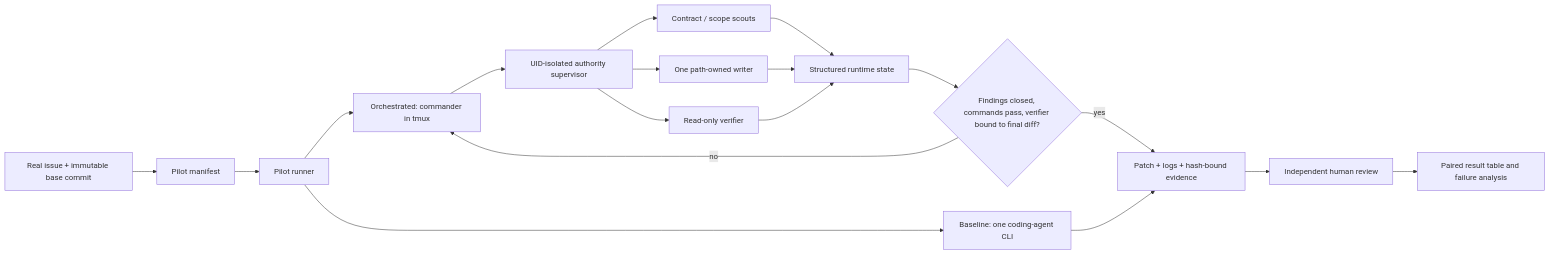
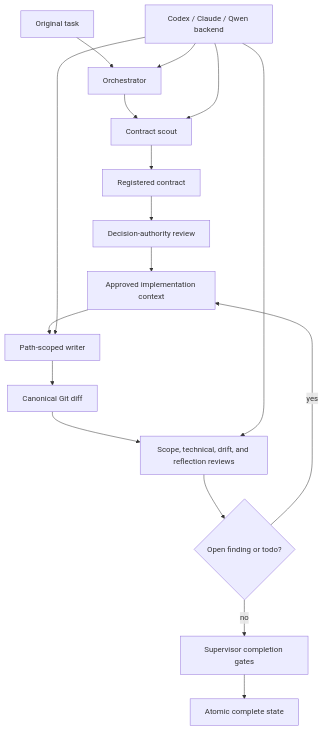
Before and after one commit to areshand/multiagent: the diagram in docs/architecture.md, drawn with Mermaid. The commit also changed other lines of this file and 7 other files, not shown here.

Commit message:
docs: consolidate PR architecture and usage guides

````diff
--- a/docs/architecture.md
+++ b/docs/architecture.md
@@ -11,20 +16,20 @@
 ```mermaid
-flowchart LR
-    U["Real issue + immutable base commit"] --> P["Pilot manifest"]
-    P --> R["Pilot runner"]
-    R --> B["Baseline: one coding-agent CLI"]
-    R --> O["Orchestrated: commander in tmux"]
-    O --> A["UID-isolated authority supervisor"]
-    A --> C["Contract / scope scouts"]
-    A --> W["One path-owned writer"]
-    A --> V["Read-only verifier"]
-    C --> S["Structured runtime state"]
-    W --> S
-    V --> S
-    S --> G{"Findings closed, commands pass, verifier bound to final diff?"}
-    G -->|no| O
-    G -->|yes| E["Patch + logs + hash-bound evidence"]
-    B --> E
-    E --> H["Independent human review"]
-    H --> Q["Paired result table and failure analysis"]
+flowchart TD
+    U["Original task"] --> O["Orchestrator"]
+    O --> SC["Contract scout"]
+    SC --> C["Registered contract"]
+    C --> AR["Decision-authority review"]
+    AR --> P["Approved implementation context"]
+    P --> W["Path-scoped writer"]
+    W --> D["Canonical Git diff"]
+    D --> R["Scope, technical, drift, and reflection reviews"]
+    R --> F{"Open finding or todo?"}
+    F -- yes --> P
+    F -- no --> G["Supervisor completion gates"]
+    G --> X["Atomic complete state"]
+
+    B["Codex / Claude / Qwen backend"] --> W
+    B --> O
+    B --> SC
+    B --> R
 ```
````
